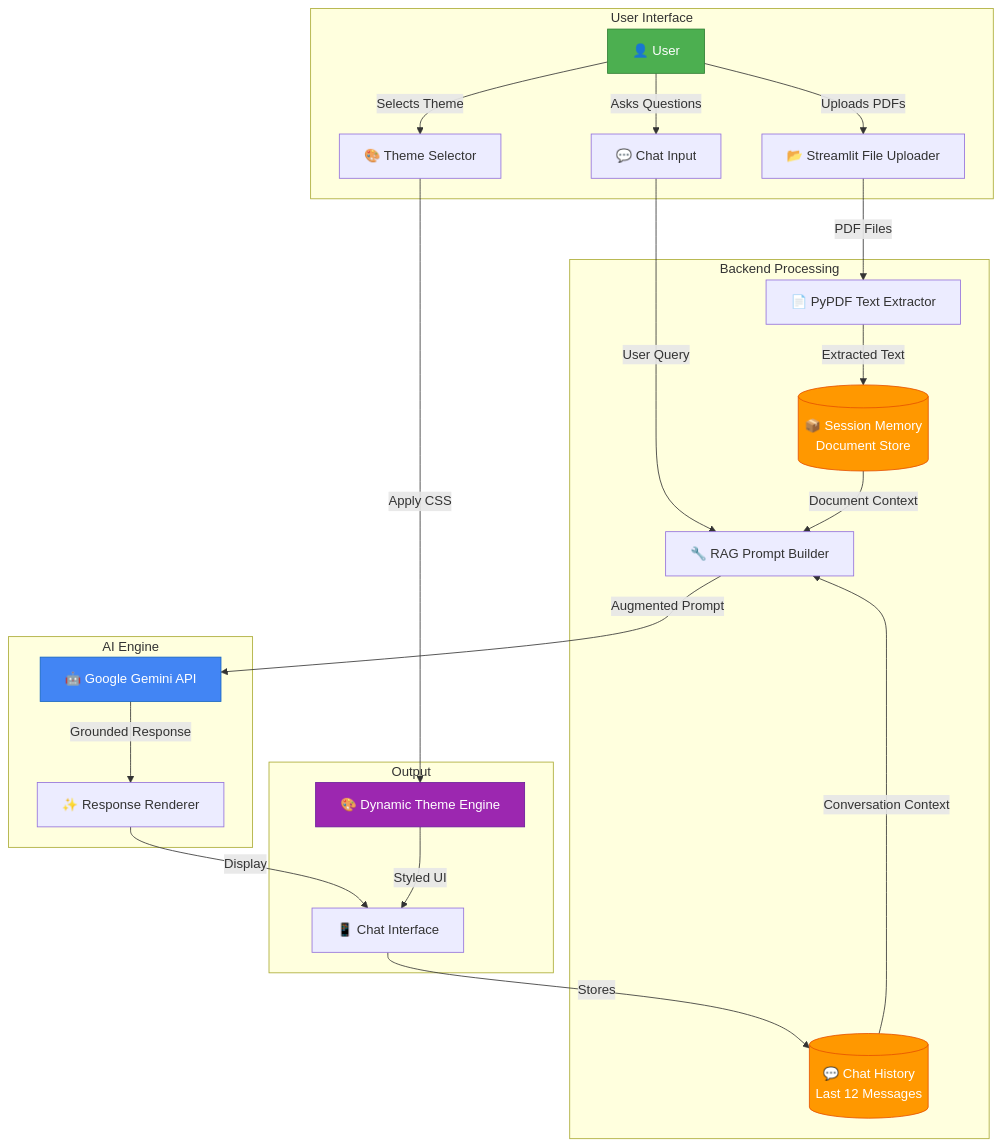
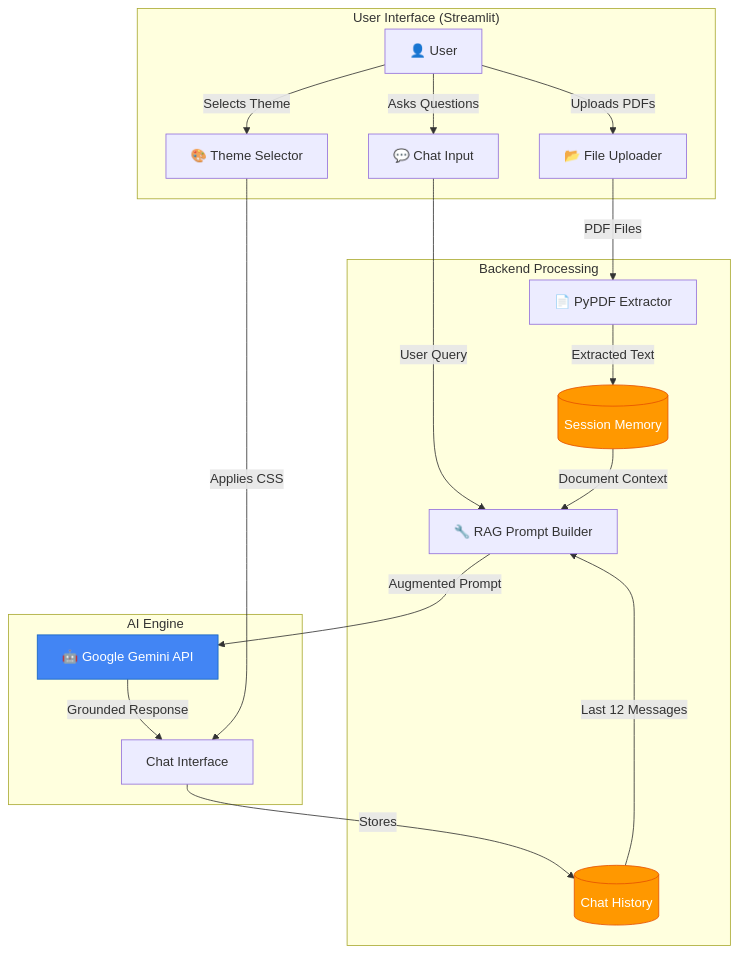
One commit to Krati-orbit/Document-Q-A-system- changed the first of 3 diagrams in README.md. Above: the diagram before and after it, drawn with Mermaid. The commit also changed other lines of this file and 3 other files, not shown here.

Commit message:
Refined README: cleaner layout, removed fake images, kept essential diagrams

````diff
--- a/README.md
+++ b/README.md
@@ -61,35 +28,28 @@
 ```mermaid
 graph TB
-    subgraph User Interface
-        A[👤 User] -->|Uploads PDFs| B[📂 Streamlit File Uploader]
+    subgraph "User Interface (Streamlit)"
+        A[👤 User] -->|Uploads PDFs| B[📂 File Uploader]
         A -->|Asks Questions| C[💬 Chat Input]
         A -->|Selects Theme| D[🎨 Theme Selector]
     end
 
-    subgraph Backend Processing
-        B -->|PDF Files| E[📄 PyPDF Text Extractor]
-        E -->|Extracted Text| F[(📦 Session Memory<br/>Document Store)]
-        
+    subgraph "Backend Processing"
+        B -->|PDF Files| E[📄 PyPDF Extractor]
+        E -->|Extracted Text| F[(Session Memory)]
         C -->|User Query| G[🔧 RAG Prompt Builder]
         F -->|Document Context| G
-        H[(💬 Chat History<br/>Last 12 Messages)] -->|Conversation Context| G
+        H[(Chat History)] -->|Last 12 Messages| G
     end
 
-    subgraph AI Engine
+    subgraph "AI Engine"
         G -->|Augmented Prompt| I[🤖 Google Gemini API]
-        I -->|Grounded Response| J[✨ Response Renderer]
+        I -->|Grounded Response| J[Chat Interface]
     end
 
-    subgraph Output
-        J -->|Display| K[📱 Chat Interface]
-        K -->|Stores| H
-        D -->|Apply CSS| L[🎨 Dynamic Theme Engine]
-        L -->|Styled UI| K
-    end
+    J -->|Stores| H
+    D -->|Applies CSS| J
 
-    style A fill:#4CAF50,stroke:#2E7D32,color:#fff
     style I fill:#4285F4,stroke:#1565C0,color:#fff
     style F fill:#FF9800,stroke:#E65100,color:#fff
     style H fill:#FF9800,stroke:#E65100,color:#fff
-    style L fill:#9C27B0,stroke:#6A1B9A,color:#fff
 ```
````
